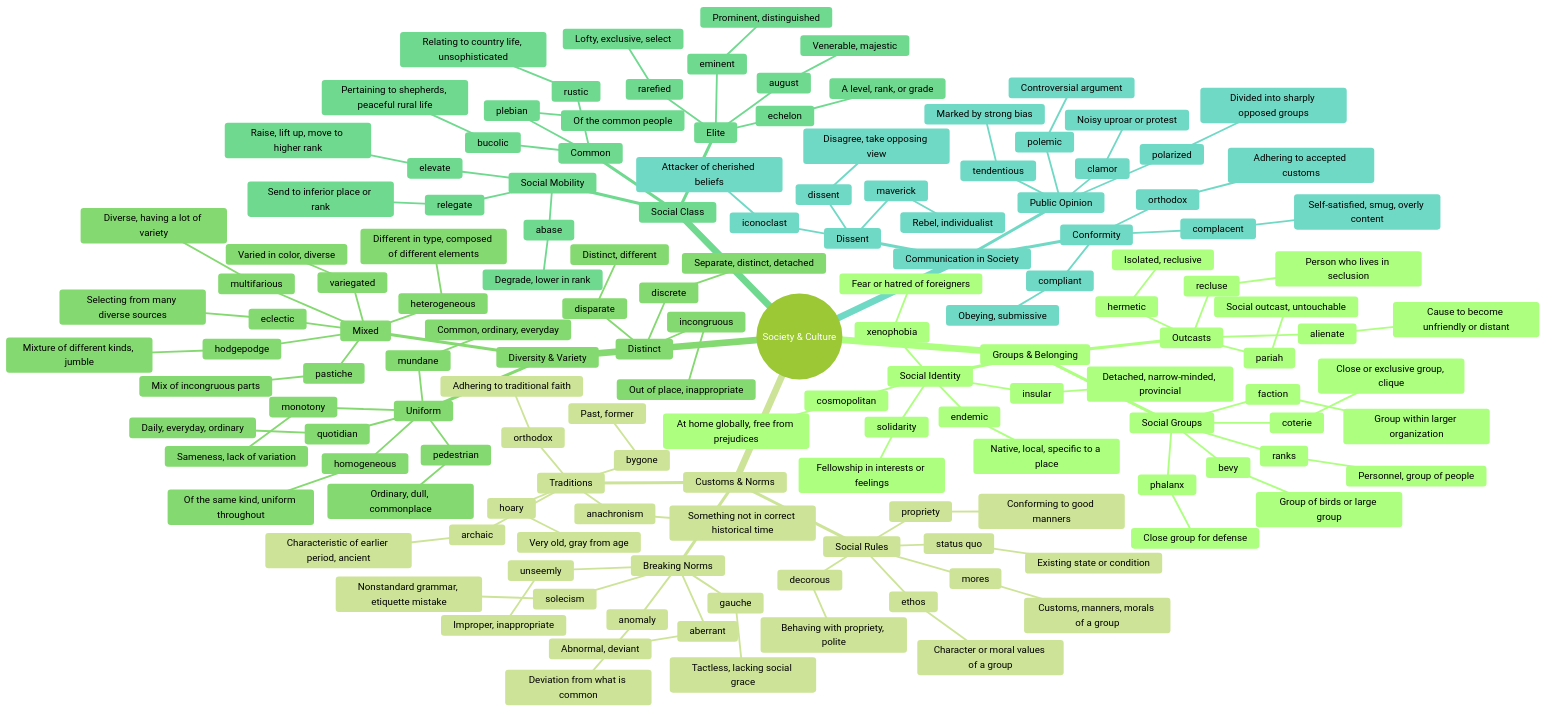
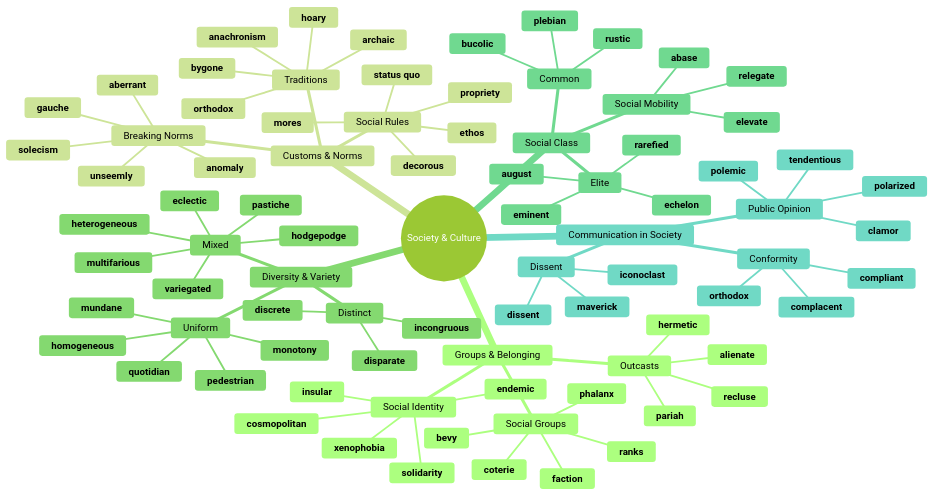
Before and after one commit to 95anantsingh/gre-preparation: the first of 7 diagrams in mindmaps/13-society-and-culture.md, drawn with Mermaid (forest theme). The commit also changed other lines of this file and 20 other files, not shown here.

````diff
--- a/mindmaps/13-society-and-culture.md
+++ b/mindmaps/13-society-and-culture.md
@@ -9,148 +7,85 @@
   root((Society & Culture))
     Groups & Belonging
       Social Groups
-        coterie
-          Close or exclusive group, clique
-        faction
-          Group within larger organization
-        phalanx
-          Close group for defense
-        bevy
-          Group of birds or large group
-        ranks
-          Personnel, group of people
+        **coterie**
+        **faction**
+        **phalanx**
+        **bevy**
+        **ranks**
       Social Identity
-        solidarity
-          Fellowship in interests or feelings
-        cosmopolitan
-          At home globally, free from prejudices
-        endemic
-          Native, local, specific to a place
-        insular
-          Detached, narrow-minded, provincial
-        xenophobia
-          Fear or hatred of foreigners
+        **solidarity**
+        **cosmopolitan**
+        **endemic**
+        **insular**
+        **xenophobia**
       Outcasts
-        pariah
-          Social outcast, untouchable
-        recluse
-          Person who lives in seclusion
-        hermetic
-          Isolated, reclusive
-        alienate
-          Cause to become unfriendly or distant
+        **pariah**
+        **recluse**
+        **hermetic**
+        **alienate**
     Customs & Norms
       Social Rules
-        mores
-          Customs, manners, morals of a group
-        propriety
-          Conforming to good manners
-        decorous
-          Behaving with propriety, polite
-        ethos
-          Character or moral values of a group
-        status quo
-          Existing state or condition
+        **mores**
+        **propriety**
+        **decorous**
+        **ethos**
+        **status quo**
       Breaking Norms
-        solecism
-          Nonstandard grammar, etiquette mistake
-        unseemly
-          Improper, inappropriate
-        gauche
-          Tactless, lacking social grace
-        aberrant
-          Abnormal, deviant
-        anomaly
-          Deviation from what is common
+        **solecism**
+        **unseemly**
+        **gauche**
+        **aberrant**
+        **anomaly**
       Traditions
-        orthodox
-          Adhering to traditional faith
-        archaic
-          Characteristic of earlier period, ancient
-        bygone
-          Past, former
-        anachronism
-          Something not in correct historical time
-        hoary
-          Very old, gray from age
+        **orthodox**
+        **archaic**
+        **bygone**
+        **anachronism**
+        **hoary**
     Diversity & Variety
       Mixed
-        heterogeneous
-          Different in type, composed of different elements
-        eclectic
-          Selecting from many diverse sources
-        multifarious
-          Diverse, having a lot of variety
-        variegated
-          Varied in color, diverse
-        hodgepodge
-          Mixture of different kinds, jumble
-        pastiche
-          Mix of incongruous parts
+        **heterogeneous**
+        **eclectic**
+        **multifarious**
+        **variegated**
+        **hodgepodge**
+        **pastiche**
       Uniform
-        homogeneous
-          Of the same kind, uniform throughout
-        monotony
-          Sameness, lack of variation
-        mundane
-          Common, ordinary, everyday
-        quotidian
-          Daily, everyday, ordinary
-        pedestrian
-          Ordinary, dull, commonplace
+        **homogeneous**
+        **monotony**
+        **mundane**
+        **quotidian**
+        **pedestrian**
       Distinct
-        discrete
-          Separate, distinct, detached
-        disparate
-          Distinct, different
-        incongruous
-          Out of place, inappropriate
+        **discrete**
+        **disparate**
+        **incongruous**
     Social Class
       Elite
-        rarefied
-          Lofty, exclusive, select
-        echelon
-          A level, rank, or grade
-        eminent
-          Prominent, distinguished
-        august
-          Venerable, majestic
+        **rarefied**
+        **echelon**
+        **eminent**
+        **august**
       Common
-        plebian
-          Of the common people
-        rustic
-          Relating to country life, unsophisticated
-        bucolic
-          Pertaining to shepherds, peaceful rural life
+        **plebian**
+        **rustic**
+        **bucolic**
       Social Mobility
-        elevate
-          Raise, lift up, move to higher rank
-        abase
-          Degrade, lower in rank
-        relegate
-          Send to inferior place or rank
+        **elevate**
+        **abase**
+        **relegate**
     Communication in Society
       Public Opinion
-        clamor
-          Noisy uproar or protest
-        polemic
-          Controversial argument
-        polarized
-          Divided into sharply opposed groups
-        tendentious
-          Marked by strong bias
+        **clamor**
+        **polemic**
+        **polarized**
+        **tendentious**
       Conformity
-        compliant
-          Obeying, submissive
-        complacent
-          Self-satisfied, smug, overly content
-        orthodox
-          Adhering to accepted customs
+        **compliant**
+        **complacent**
+        **orthodox**
       Dissent
-        maverick
-          Rebel, individualist
-        iconoclast
-          Attacker of cherished beliefs
-        dissent
-          Disagree, take opposing view
+        **maverick**
+        **iconoclast**
+        **dissent**
 ```
````
